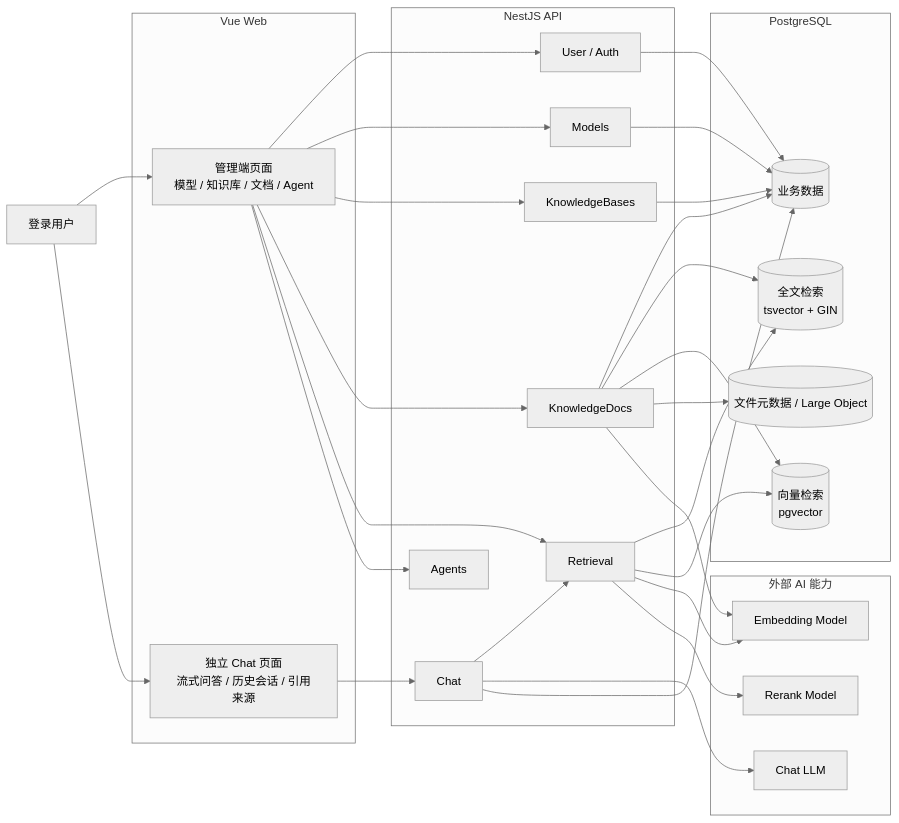
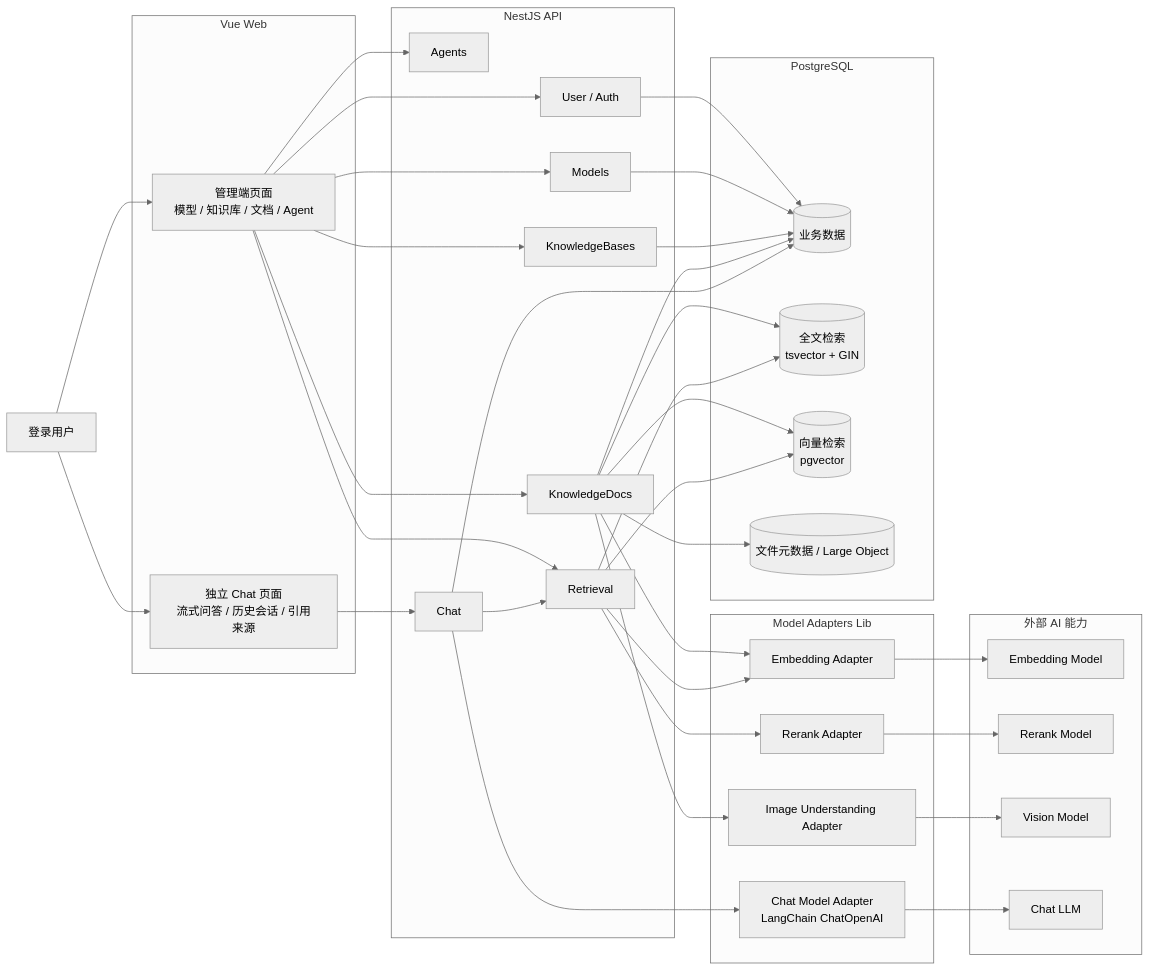
One commit to UserKei/Zeta changed the second of 3 diagrams in README.md. Above: the diagram before and after it, drawn with Mermaid (neutral theme). The commit also changed other lines of this file, not shown here.

Commit message:
docs: update architecture overview

````diff
--- a/README.md
+++ b/README.md
@@ -49,62 +59,76 @@
 ```mermaid
 flowchart LR
     user[登录用户]
 
     subgraph web[Vue Web]
         admin[管理端页面<br/>模型 / 知识库 / 文档 / Agent]
         chat[独立 Chat 页面<br/>流式问答 / 历史会话 / 引用来源]
     end
 
     subgraph api[NestJS API]
         auth[User / Auth]
         model[Models]
         kb[KnowledgeBases]
         docs[KnowledgeDocs]
         retrieval[Retrieval]
         agent[Agents]
         chatSvc[Chat]
     end
 
+    subgraph adapters[Model Adapters Lib]
+        chatAdapter[Chat Model Adapter<br/>LangChain ChatOpenAI]
+        embeddingAdapter[Embedding Adapter]
+        rerankAdapter[Rerank Adapter]
+        visionAdapter[Image Understanding Adapter]
+    end
+
     subgraph pg[PostgreSQL]
         data[(业务数据)]
         fts[(全文检索<br/>tsvector + GIN)]
         vector[(向量检索<br/>pgvector)]
         files[(文件元数据 / Large Object)]
     end
 
     subgraph ai[外部 AI 能力]
         embedding[Embedding Model]
         rerank[Rerank Model]
+        vision[Vision Model]
         llm[Chat LLM]
     end
 
     user --> admin
     user --> chat
 
     admin --> auth
     admin --> model
     admin --> kb
     admin --> docs
     admin --> retrieval
     admin --> agent
 
     chat --> chatSvc
 
     auth --> data
     model --> data
     kb --> data
     docs --> data
     docs --> fts
     docs --> vector
     docs --> files
-    docs --> embedding
+    docs --> embeddingAdapter
 
     retrieval --> fts
     retrieval --> vector
-    retrieval --> embedding
-    retrieval --> rerank
+    retrieval --> embeddingAdapter
+    retrieval --> rerankAdapter
 
     chatSvc --> retrieval
-    chatSvc --> llm
+    chatSvc --> chatAdapter
     chatSvc --> data
+
+    docs --> visionAdapter
+    embeddingAdapter --> embedding
+    rerankAdapter --> rerank
+    visionAdapter --> vision
+    chatAdapter --> llm
 ```
````
